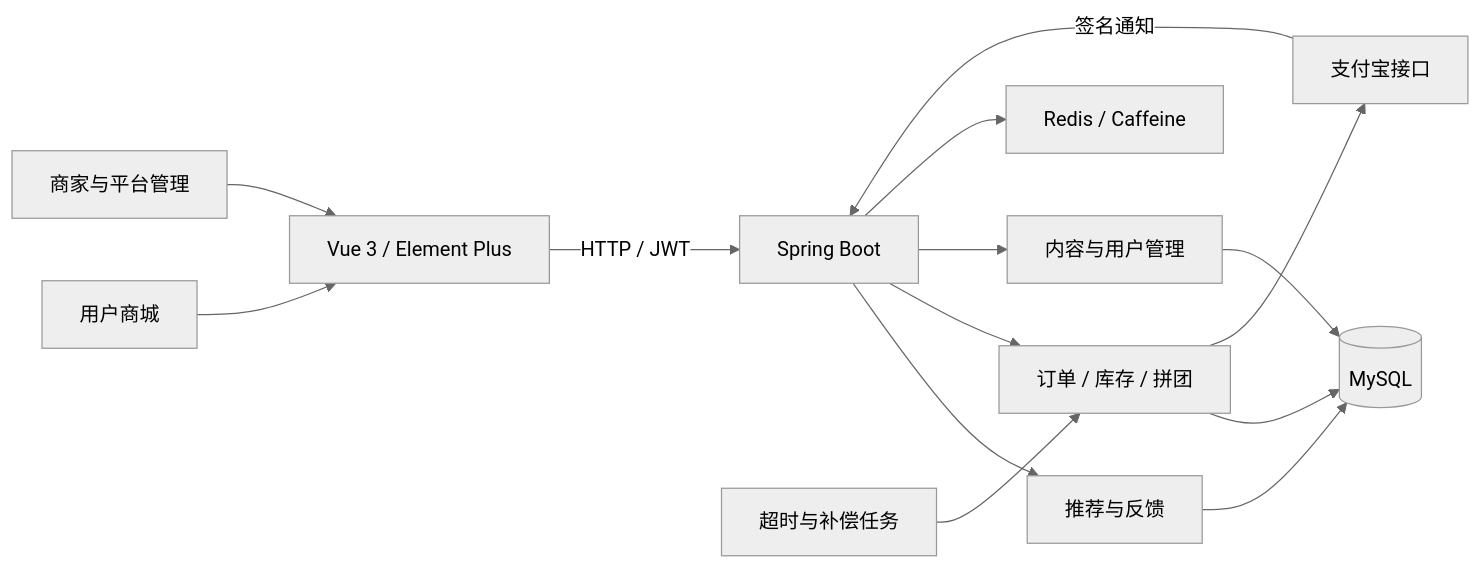
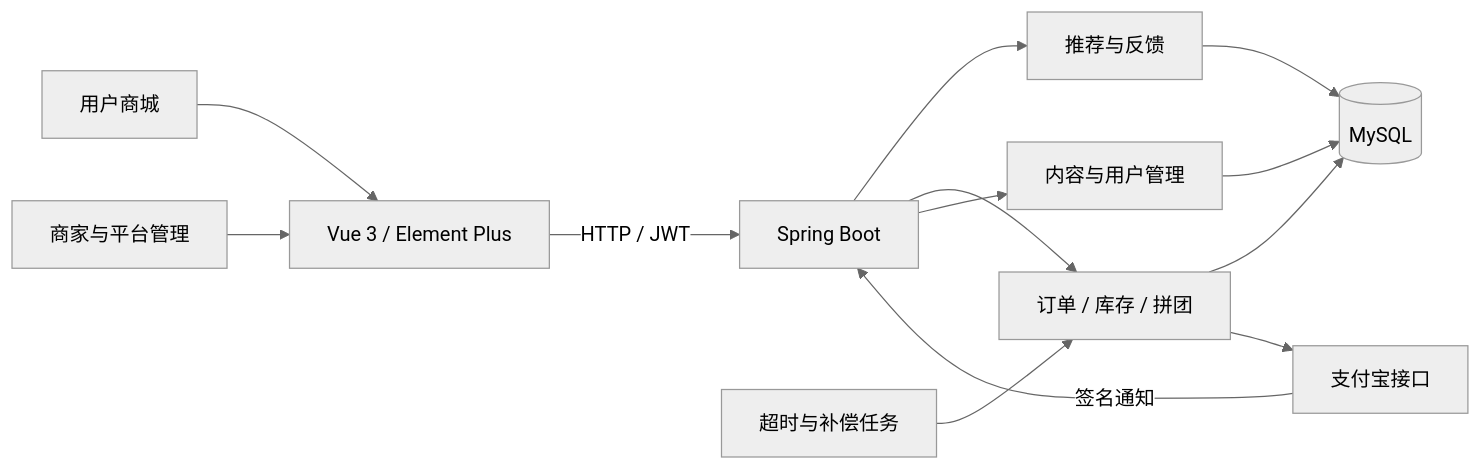
One commit to csyiiihh/recommender-ecommerce-platform changed the diagram in README.md. Above: the diagram before and after it, drawn with Mermaid (neutral theme). The commit also changed other lines of this file and 29 other files, not shown here.

````diff
--- a/README.md
+++ b/README.md
@@ -76,16 +76,15 @@
 ```mermaid
 flowchart LR
     U[用户商城] --> V[Vue 3 / Element Plus]
     A[商家与平台管理] --> V
     V -->|HTTP / JWT| B[Spring Boot]
     B --> R[推荐与反馈]
     B --> O[订单 / 库存 / 拼团]
     B --> C[内容与用户管理]
     R --> DB[(MySQL)]
     O --> DB
     C --> DB
-    B --> CACHE[Redis / Caffeine]
     O --> P[支付宝接口]
     P -->|签名通知| B
     T[超时与补偿任务] --> O
 ```
````
